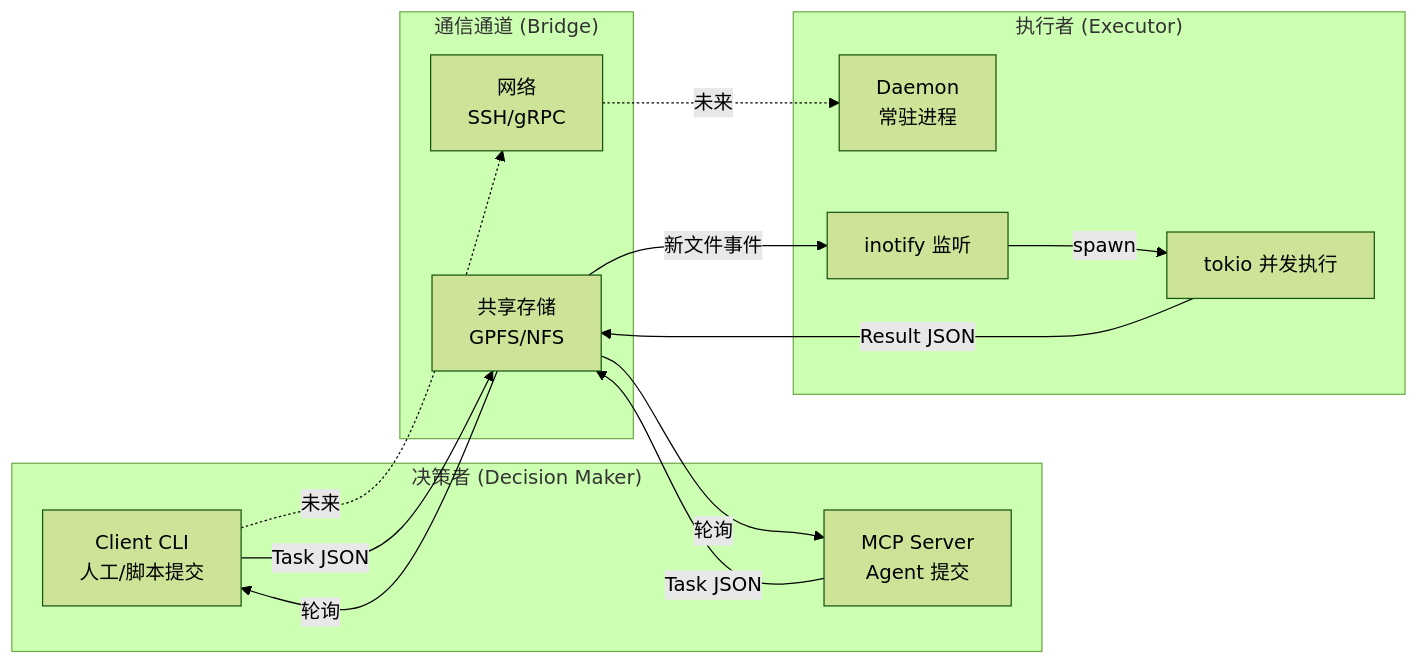
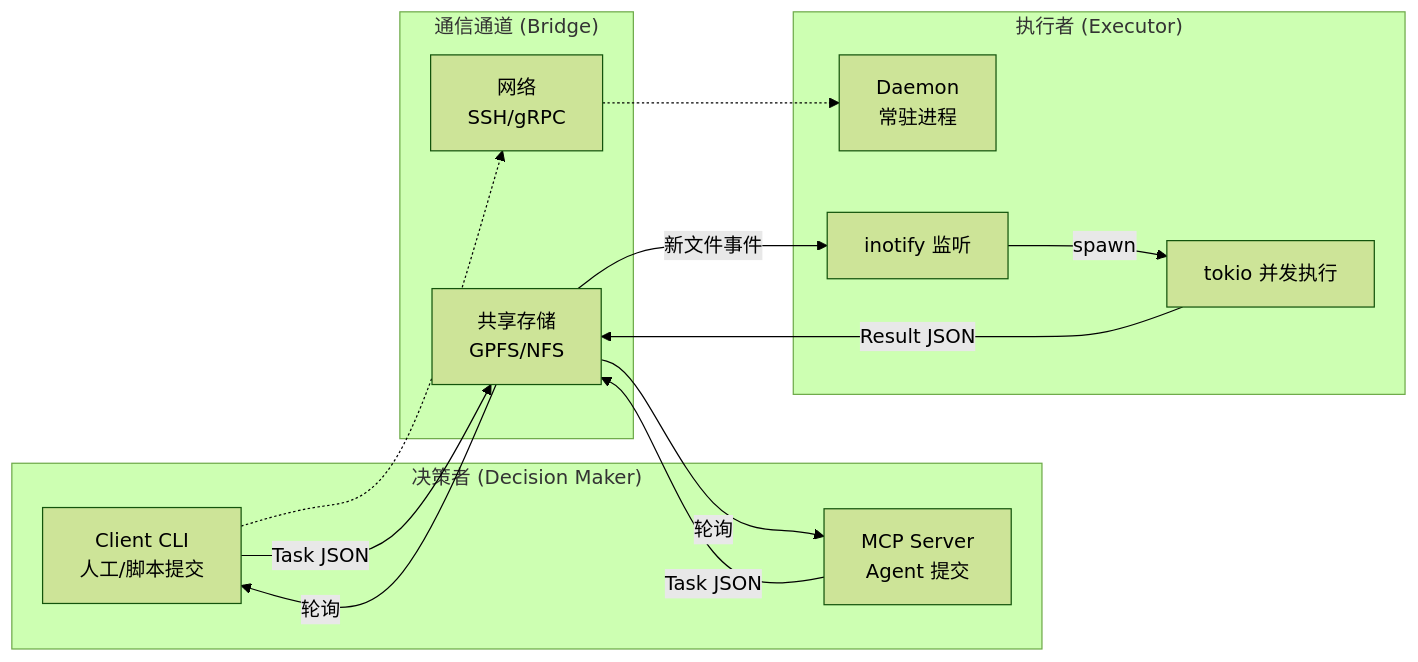
Before and after one commit to peterlau123/peterlau123.github.io: the first of 3 diagrams in _posts/2026-08-05-bifrost-agent-architecture.md, drawn with Mermaid (forest theme). The commit also changed other lines of this file, not shown here.

Commit message:
fix: Bifrost 架构图虚线标签优化——'未来'改为下方说明文字
- mermaid 图中虚线边去掉'未来'标签，改为图下方 blockquote 说明
- 虚线表示尚未实现的通信路径（NetworkBridge 规划中）
- 提升可读性：标签写'未来规划'比单独'未来'更清晰

````diff
--- a/_posts/2026-08-05-bifrost-agent-architecture.md
+++ b/_posts/2026-08-05-bifrost-agent-architecture.md
@@ -52,29 +52,29 @@
 ```mermaid
 flowchart LR
     subgraph Decision["决策者 (Decision Maker)"]
         C1["Client CLI<br/>人工/脚本提交"]
         C2["MCP Server<br/>Agent 提交"]
     end
 
     subgraph Channel["通信通道 (Bridge)"]
         S1["共享存储<br/>GPFS/NFS"]
         S2["网络<br/>SSH/gRPC"]
     end
 
     subgraph Executor["执行者 (Executor)"]
         D1["Daemon<br/>常驻进程"]
         D2["inotify 监听"]
         D3["tokio 并发执行"]
     end
 
     C1 -->|"Task JSON"| S1
     C2 -->|"Task JSON"| S1
     S1 -->|"新文件事件"| D2
     D2 -->|"spawn"| D3
     D3 -->|"Result JSON"| S1
     S1 -->|"轮询"| C1
     S1 -->|"轮询"| C2
     
-    C1 -.->|"未来"| S2
-    S2 -.->|"未来"| D1
+    C1 -.-> S2
+    S2 -.-> D1
 ```
````
